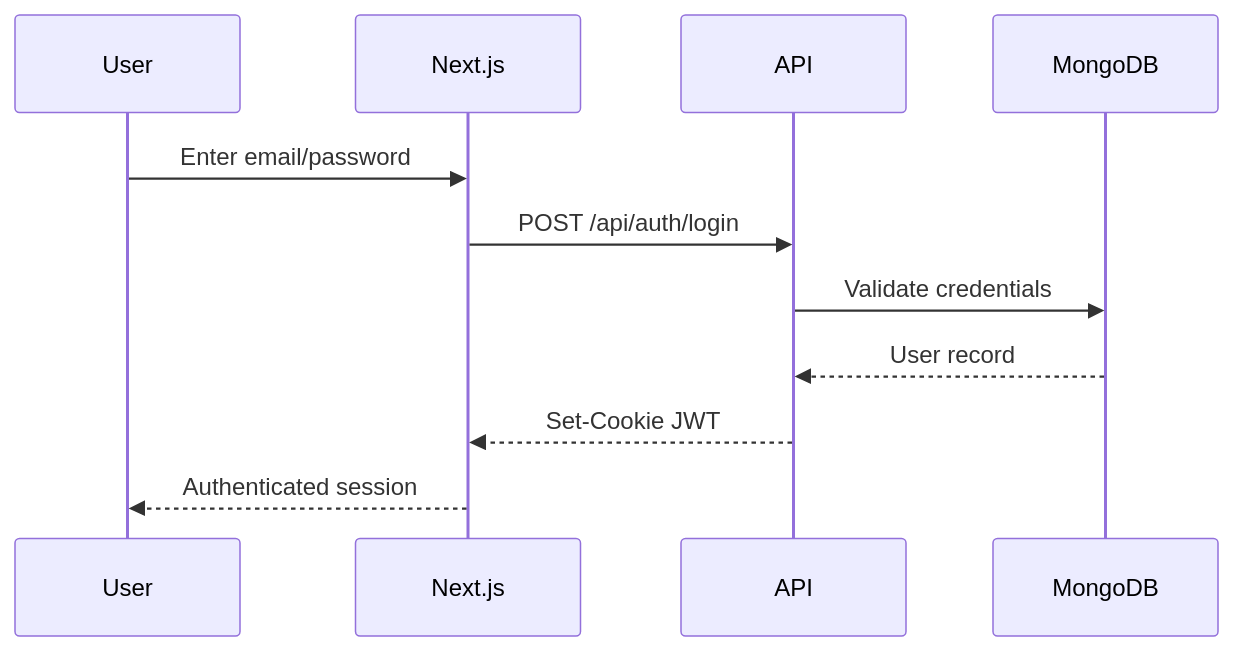
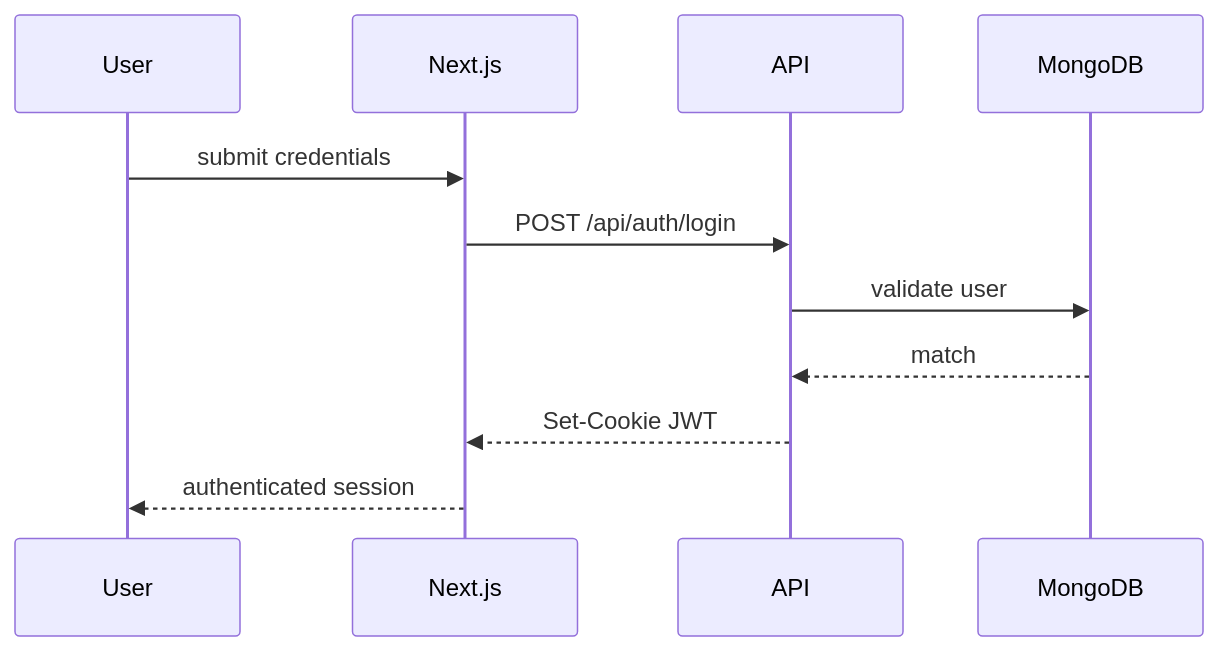
One commit to joonseolee/EstateWise-Chapel-Hill-Chatbot changed diagram 13 of 20 in ARCHITECTURE.md. Above: the diagram before and after it, drawn with Mermaid. The commit also changed other lines of this file and 5 other files, not shown here.

Commit message:
feat(ui-api): enhance app UI and integrate Neo4j graph DB to app

````diff
--- a/ARCHITECTURE.md
+++ b/ARCHITECTURE.md
@@ -154,13 +288,13 @@
 ```mermaid
 sequenceDiagram
-    participant User
-    participant UI as Next.js
-    participant API
-    participant DB as MongoDB
-    User->>UI: Enter email/password
-    UI->>API: POST /api/auth/login
-    API->>DB: Validate credentials
-    DB-->>API: User record
-    API-->>UI: Set-Cookie JWT
-    UI-->>User: Authenticated session
+  participant User
+  participant UI as Next.js
+  participant API
+  participant DB as MongoDB
+  User->>UI: submit credentials
+  UI->>API: POST /api/auth/login
+  API->>DB: validate user
+  DB-->>API: match
+  API-->>UI: Set-Cookie JWT
+  UI-->>User: authenticated session
 ```
````
